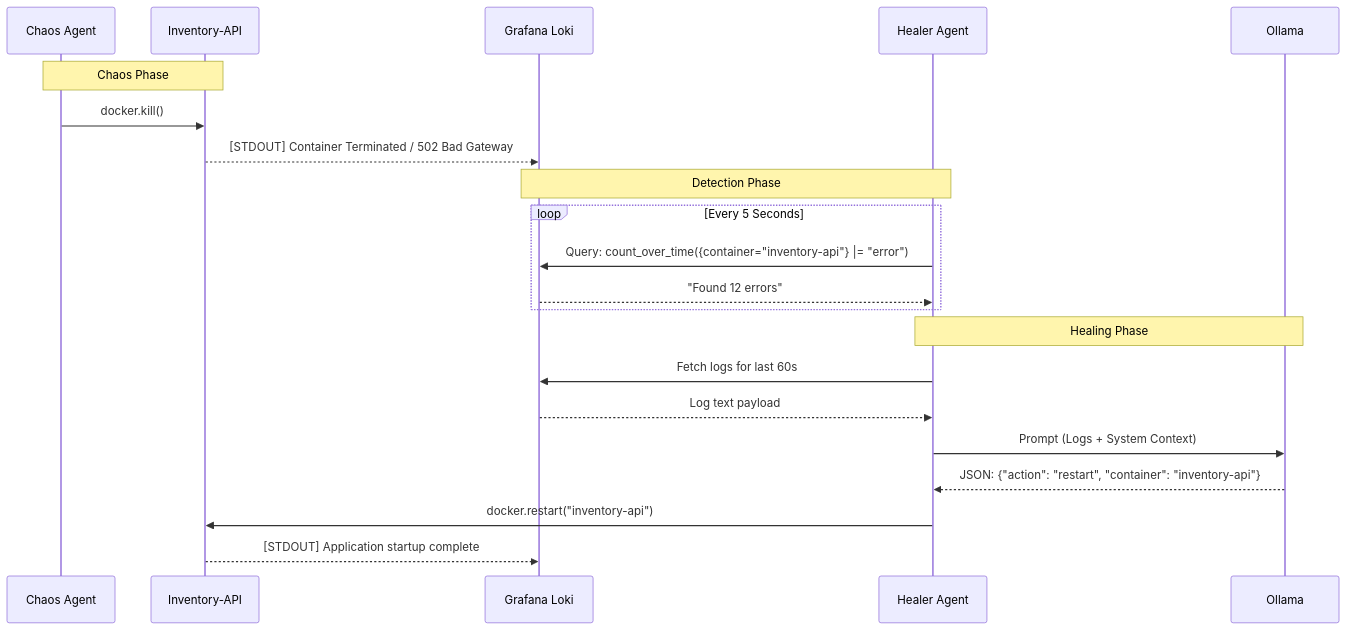
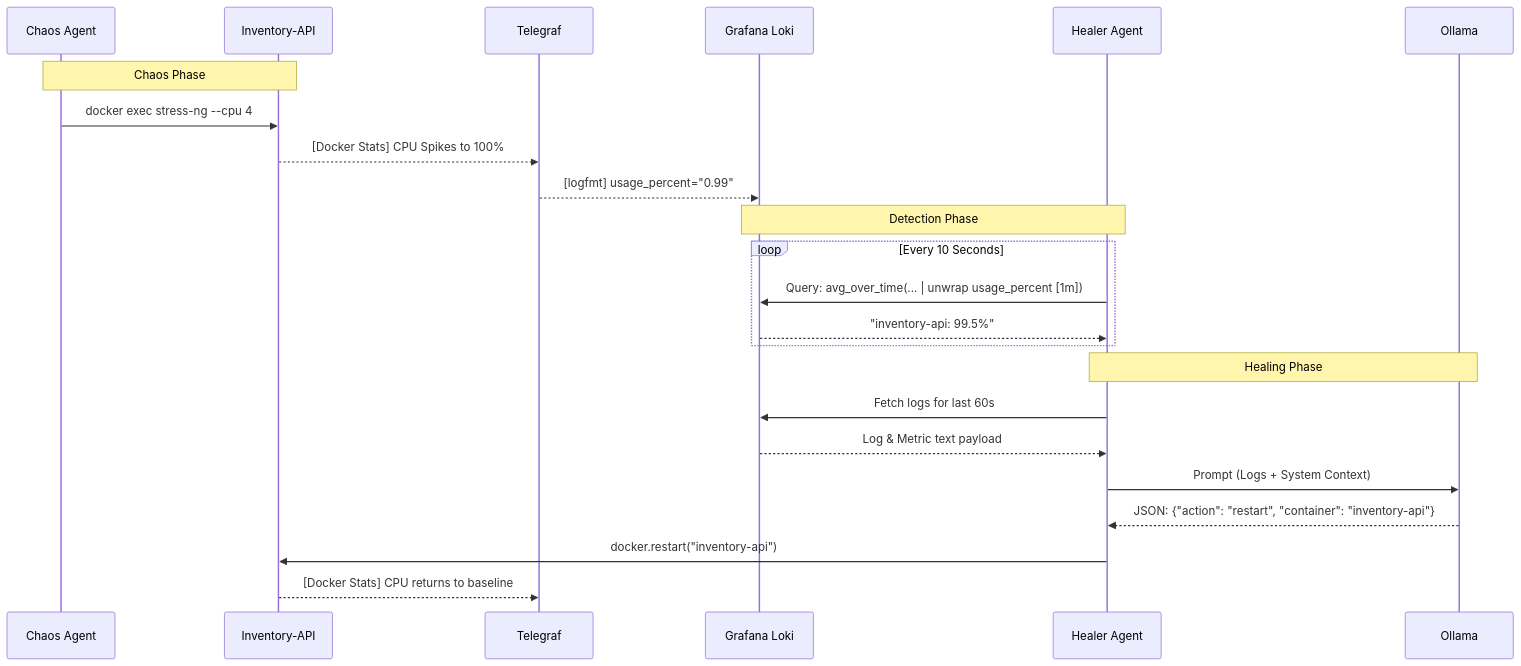
The second of 4 diagrams in docs/functional_design_document.md (sedna08/chaos-and-recovery-agent), drawn with Mermaid before and after one commit. The commit also changed other lines of this file and 1 other file, not shown here.

````diff
--- a/docs/functional_design_document.md
+++ b/docs/functional_design_document.md
@@ -96,26 +100,28 @@
 ```mermaid
 sequenceDiagram
     participant CA as Chaos Agent
     participant App as Inventory-API
+    participant Tele as Telegraf
     participant Loki as Grafana Loki
     participant HA as Healer Agent
     participant LLM as Ollama
 
     Note over CA, App: Chaos Phase
-    CA->>App: docker.kill()
-    App-->>Loki: [STDOUT] Container Terminated / 502 Bad Gateway
+    CA->>App: docker exec stress-ng --cpu 4
+    App-->>Tele: [Docker Stats] CPU Spikes to 100%
+    Tele-->>Loki: [logfmt] usage_percent="0.99"
 
     Note over HA, Loki: Detection Phase
-    loop Every 5 Seconds
-        HA->>Loki: Query: count_over_time({container="inventory-api"} |= "error")
-        Loki-->>HA: "Found 12 errors"
+    loop Every 10 Seconds
+        HA->>Loki: Query: avg_over_time(... | unwrap usage_percent [1m])
+        Loki-->>HA: "inventory-api: 99.5%"
     end
 
     Note over HA, LLM: Healing Phase
     HA->>Loki: Fetch logs for last 60s
-    Loki-->>HA: Log text payload
+    Loki-->>HA: Log & Metric text payload
     HA->>LLM: Prompt (Logs + System Context)
     LLM-->>HA: JSON: {"action": "restart", "container": "inventory-api"}
     HA->>App: docker.restart("inventory-api")
-    App-->>Loki: [STDOUT] Application startup complete
+    App-->>Tele: [Docker Stats] CPU returns to baseline
 ```
````
